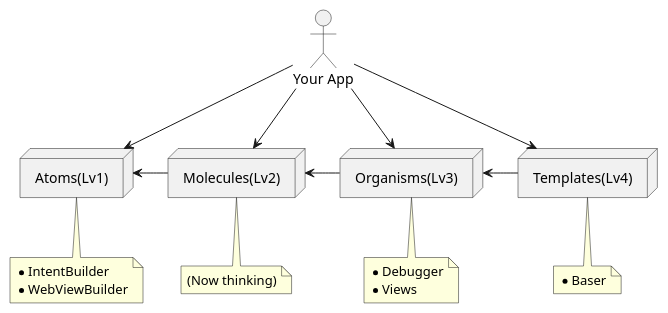
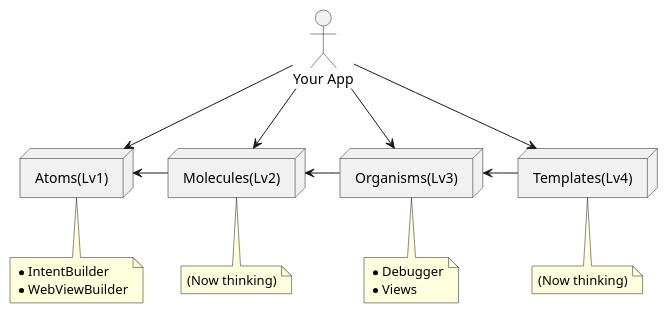
One commit to tshion/AndroidPreparation changed the diagram in docs/ライブラリ構成.plantuml. Above: the diagram before and after it, drawn with PlantUML. The commit also changed 15 other files, not shown here.

```diff
--- a/docs/ライブラリ構成.plantuml
+++ b/docs/ライブラリ構成.plantuml
@@ -1,38 +1,38 @@
 @startuml ライブラリ構成
 
 actor "Your App" as apps
 
 node "Atoms(Lv1)" as lv1
 note bottom of lv1
     * IntentBuilder
     * WebViewBuilder
 end note
 
 node "Molecules(Lv2)" as lv2
 note bottom of lv2
     (Now thinking)
 end note
 
 node "Organisms(Lv3)" as lv3
 note bottom of lv3
     * Debugger
     * Views
 end note
 
 node "Templates(Lv4)" as lv4
 note bottom of lv4
-    * Baser
+    (Now thinking)
 end note
 
 
 
 lv3 <- lv4
 lv2 <- lv3
 lv1 <- lv2
 
 apps --> lv4
 apps --> lv3
 apps --> lv2
 apps --> lv1
 
 @enduml
```
